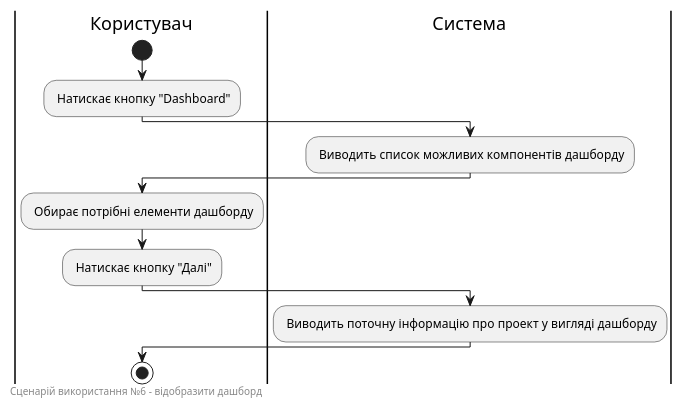
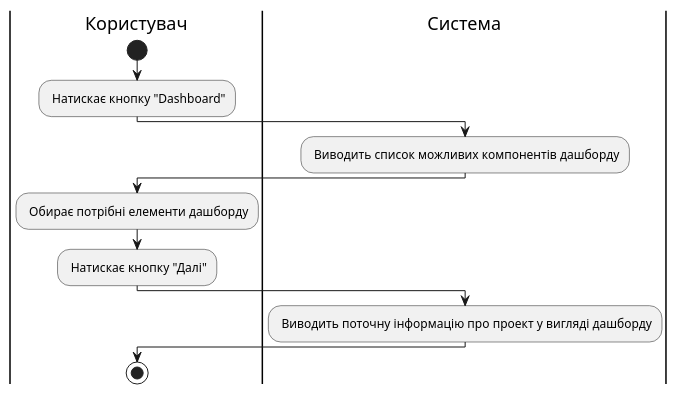
Before and after one commit to edu-db/edu_db_labs: the tenth of 15 diagrams in docs/use cases/README.md, drawn with PlantUML. The commit also changed other lines of this file and 1 other file, not shown here.

```diff
--- a/docs/use cases/README.md
+++ b/docs/use cases/README.md
@@ -424,26 +461,22 @@
 @startuml
 
     |Користувач|
         start
         : Натискає кнопку "Dashboard";
 
     |Система|
         : Виводить список можливих компонентів дашборду;
 
     |Користувач|
         : Обирає потрібні елементи дашборду;
         : Натискає кнопку "Далі";
         
 
     |Система|
         : Виводить поточну інформацію про проект у вигляді дашборду;
         
   
     |Користувач|
         stop;
 
-    left footer
-        Сценарій використання №6 - відобразити дашборд
-    end footer
-
 @enduml
```
